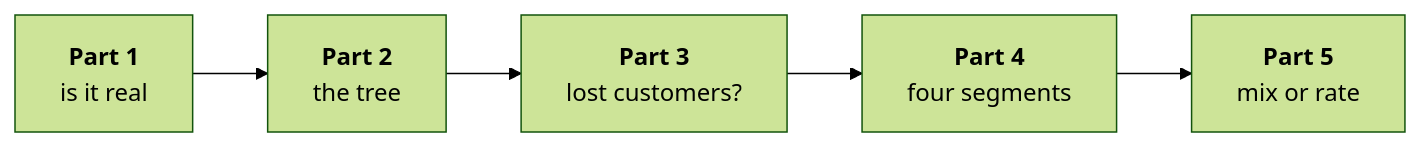
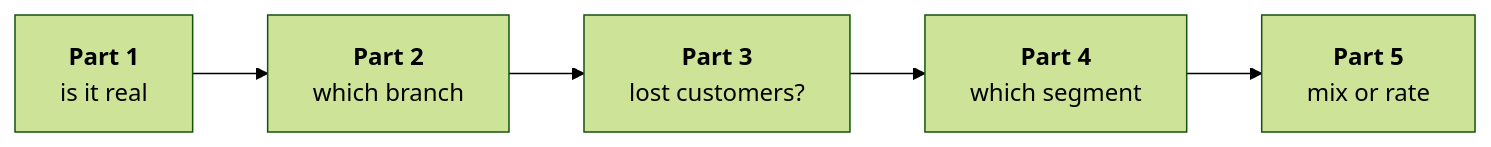
The diagram in content/W01/D2/exercises/unguided/C2_W01_D02_escalated_case_STUDENT.md (fde-academy-lab/c2-content-factory), drawn with Mermaid (forest theme) before and after one commit. The commit also changed other lines of this file and 31 other files, not shown here.

````diff
--- a/content/W01/D2/exercises/unguided/C2_W01_D02_escalated_case_STUDENT.md
+++ b/content/W01/D2/exercises/unguided/C2_W01_D02_escalated_case_STUDENT.md
@@ -22,7 +55,7 @@
 ```mermaid
 flowchart LR
-    P1["<b>Part 1</b><br/>is it real"] --> P2["<b>Part 2</b><br/>the tree"]
+    P1["<b>Part 1</b><br/>is it real"] --> P2["<b>Part 2</b><br/>which branch"]
     P2 --> P3["<b>Part 3</b><br/>lost customers?"]
-    P3 --> P4["<b>Part 4</b><br/>four segments"]
+    P3 --> P4["<b>Part 4</b><br/>which segment"]
     P4 --> P5["<b>Part 5</b><br/>mix or rate"]
 ```
````
